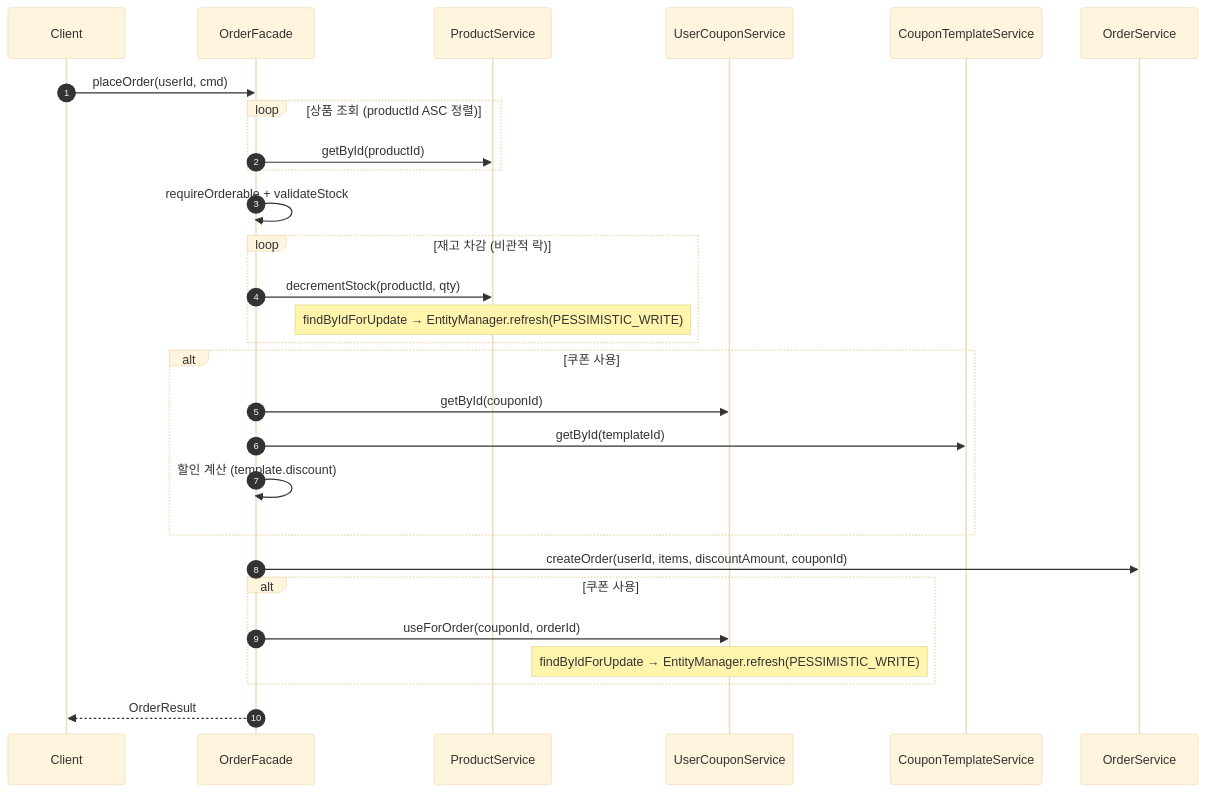
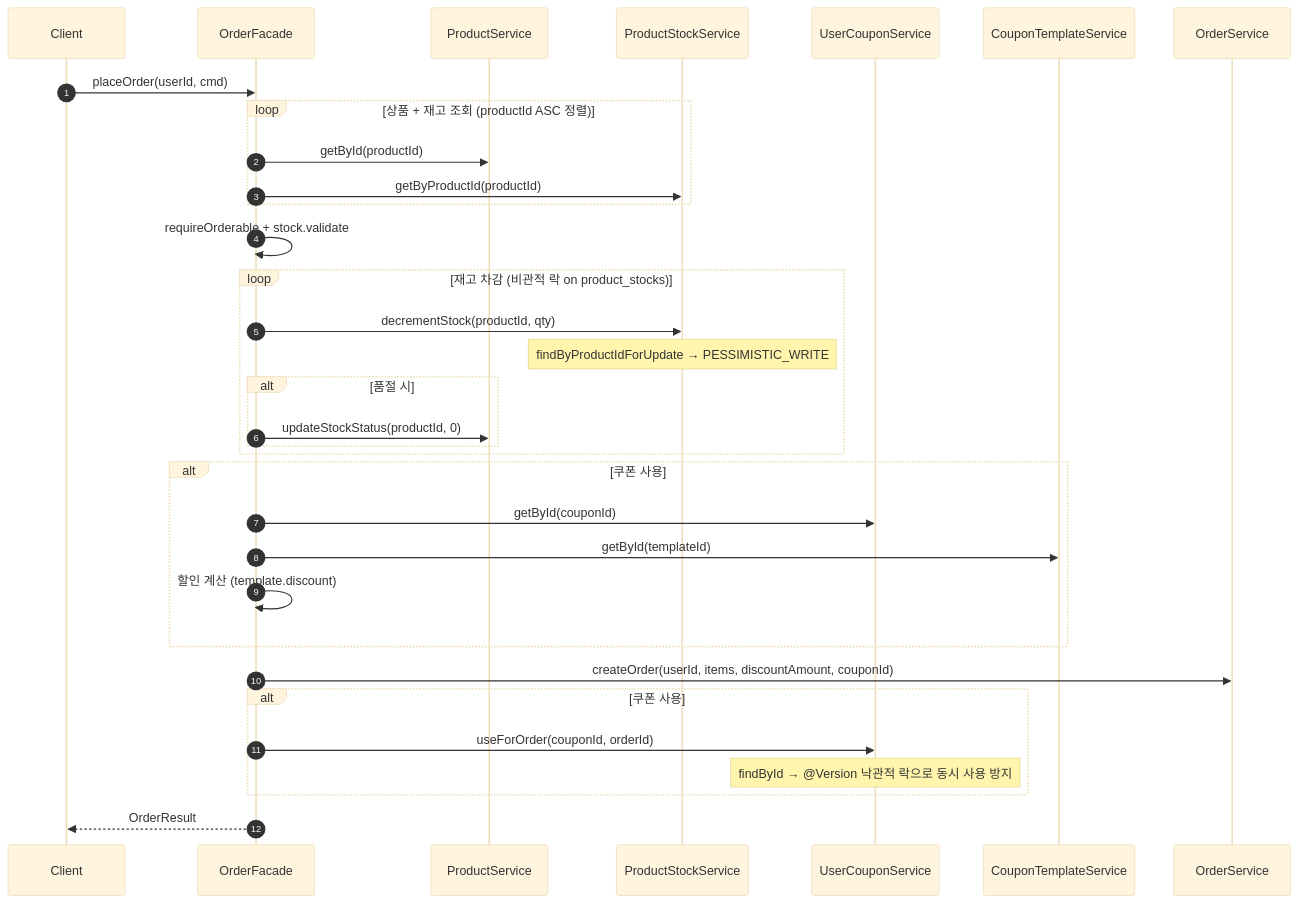
Before and after one commit to Loopers-dev-lab/loop-pack-be-l2-vol3-kotlin: the second of 4 diagrams in week_notes/week-4.md, drawn with Mermaid (base theme). The commit also changed other lines of this file and 1 other file, not shown here.

````diff
--- a/week_notes/week-4.md
+++ b/week_notes/week-4.md
@@ -91,38 +120,43 @@
 ```mermaid
 sequenceDiagram
     autonumber
     participant Client
     participant OrderFacade
     participant ProductService
+    participant ProductStockService
     participant UserCouponService
     participant CouponTemplateService
     participant OrderService
 
     Client->>OrderFacade: placeOrder(userId, cmd)
 
-    loop 상품 조회 (productId ASC 정렬)
+    loop 상품 + 재고 조회 (productId ASC 정렬)
         OrderFacade->>ProductService: getById(productId)
+        OrderFacade->>ProductStockService: getByProductId(productId)
     end
 
-    OrderFacade->>OrderFacade: requireOrderable + validateStock
+    OrderFacade->>OrderFacade: requireOrderable + stock.validate
 
-    loop 재고 차감 (비관적 락)
-        OrderFacade->>ProductService: decrementStock(productId, qty)
-        Note over ProductService: findByIdForUpdate → EntityManager.refresh(PESSIMISTIC_WRITE)
+    loop 재고 차감 (비관적 락 on product_stocks)
+        OrderFacade->>ProductStockService: decrementStock(productId, qty)
+        Note over ProductStockService: findByProductIdForUpdate → PESSIMISTIC_WRITE
+        alt 품절 시
+            OrderFacade->>ProductService: updateStockStatus(productId, 0)
+        end
     end
 
     alt 쿠폰 사용
         OrderFacade->>UserCouponService: getById(couponId)
         OrderFacade->>CouponTemplateService: getById(templateId)
         OrderFacade->>OrderFacade: 할인 계산 (template.discount)
     end
 
     OrderFacade->>OrderService: createOrder(userId, items, discountAmount, couponId)
 
     alt 쿠폰 사용
         OrderFacade->>UserCouponService: useForOrder(couponId, orderId)
-        Note over UserCouponService: findByIdForUpdate → EntityManager.refresh(PESSIMISTIC_WRITE)
+        Note over UserCouponService: findById → @Version 낙관적 락으로 동시 사용 방지
     end
 
     OrderFacade-->>Client: OrderResult
 ```
````
